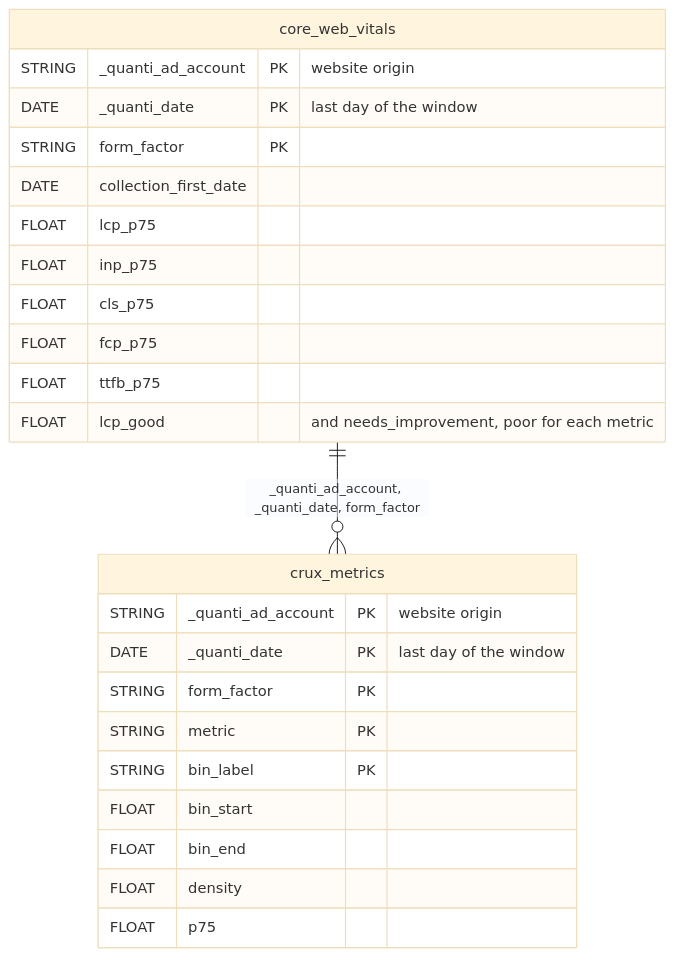
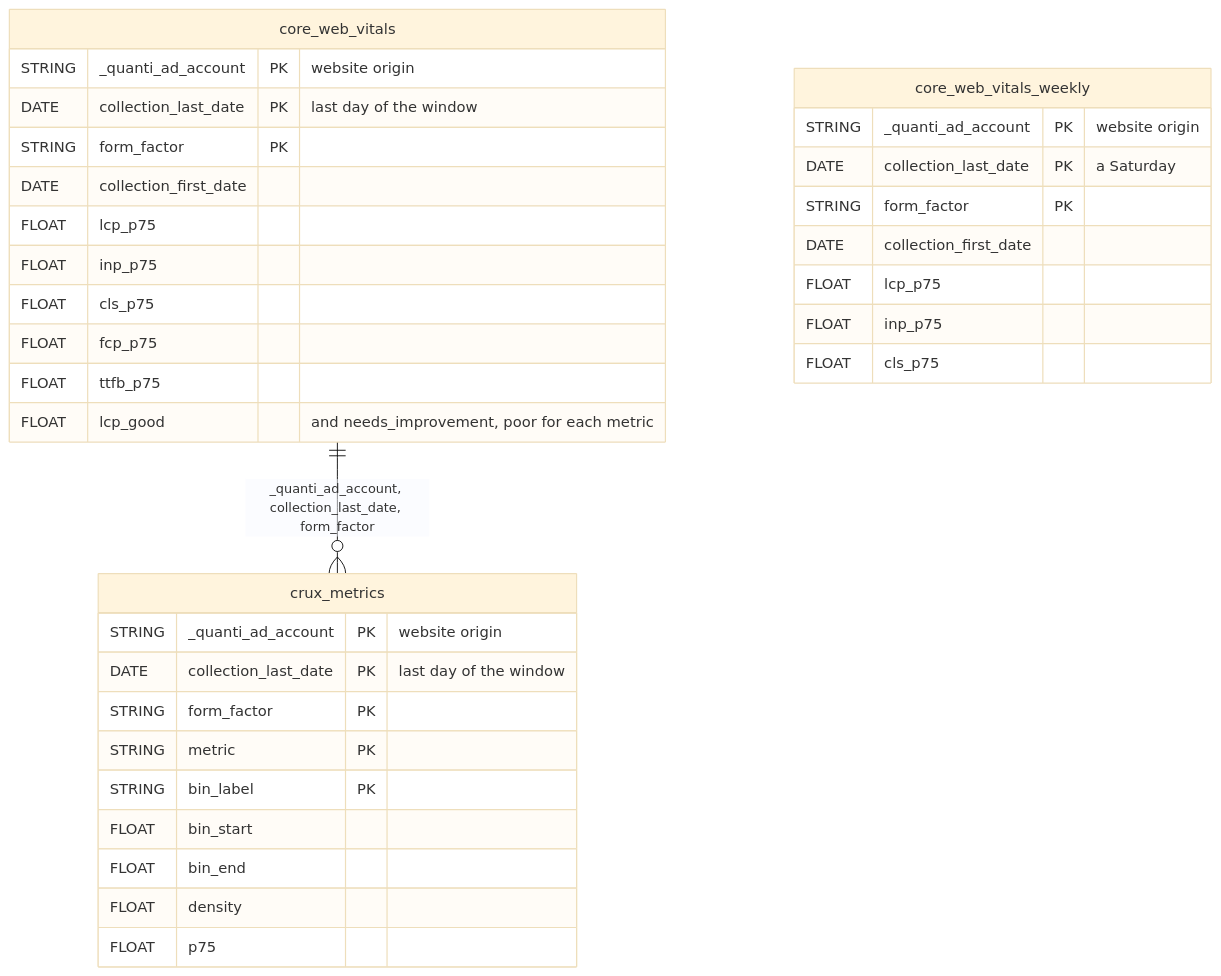
The diagram in connectors/exogenous-connectors/chrome-ux-report.md (quanti-data-mkt/documentation), drawn with Mermaid (base theme) before and after one commit. The commit also changed other lines of this file, not shown here.

Commit message:
docs(crux): document the weekly history and snapshot loading

````diff
--- a/connectors/exogenous-connectors/chrome-ux-report.md
+++ b/connectors/exogenous-connectors/chrome-ux-report.md
@@ -125,27 +152,36 @@
 ```mermaid
 erDiagram
     core_web_vitals {
         STRING _quanti_ad_account PK "website origin"
-        DATE   _quanti_date PK "last day of the window"
+        DATE   collection_last_date PK "last day of the window"
         STRING form_factor PK
         DATE   collection_first_date
         FLOAT  lcp_p75
         FLOAT  inp_p75
         FLOAT  cls_p75
         FLOAT  fcp_p75
         FLOAT  ttfb_p75
         FLOAT  lcp_good "and needs_improvement, poor for each metric"
     }
     crux_metrics {
         STRING _quanti_ad_account PK "website origin"
-        DATE   _quanti_date PK "last day of the window"
+        DATE   collection_last_date PK "last day of the window"
         STRING form_factor PK
         STRING metric PK
         STRING bin_label PK
         FLOAT  bin_start
         FLOAT  bin_end
         FLOAT  density
         FLOAT  p75
     }
-    core_web_vitals ||--o{ crux_metrics : "_quanti_ad_account, _quanti_date, form_factor"
+    core_web_vitals_weekly {
+        STRING _quanti_ad_account PK "website origin"
+        DATE   collection_last_date PK "a Saturday"
+        STRING form_factor PK
+        DATE   collection_first_date
+        FLOAT  lcp_p75
+        FLOAT  inp_p75
+        FLOAT  cls_p75
+    }
+    core_web_vitals ||--o{ crux_metrics : "_quanti_ad_account, collection_last_date, form_factor"
 ```
````
